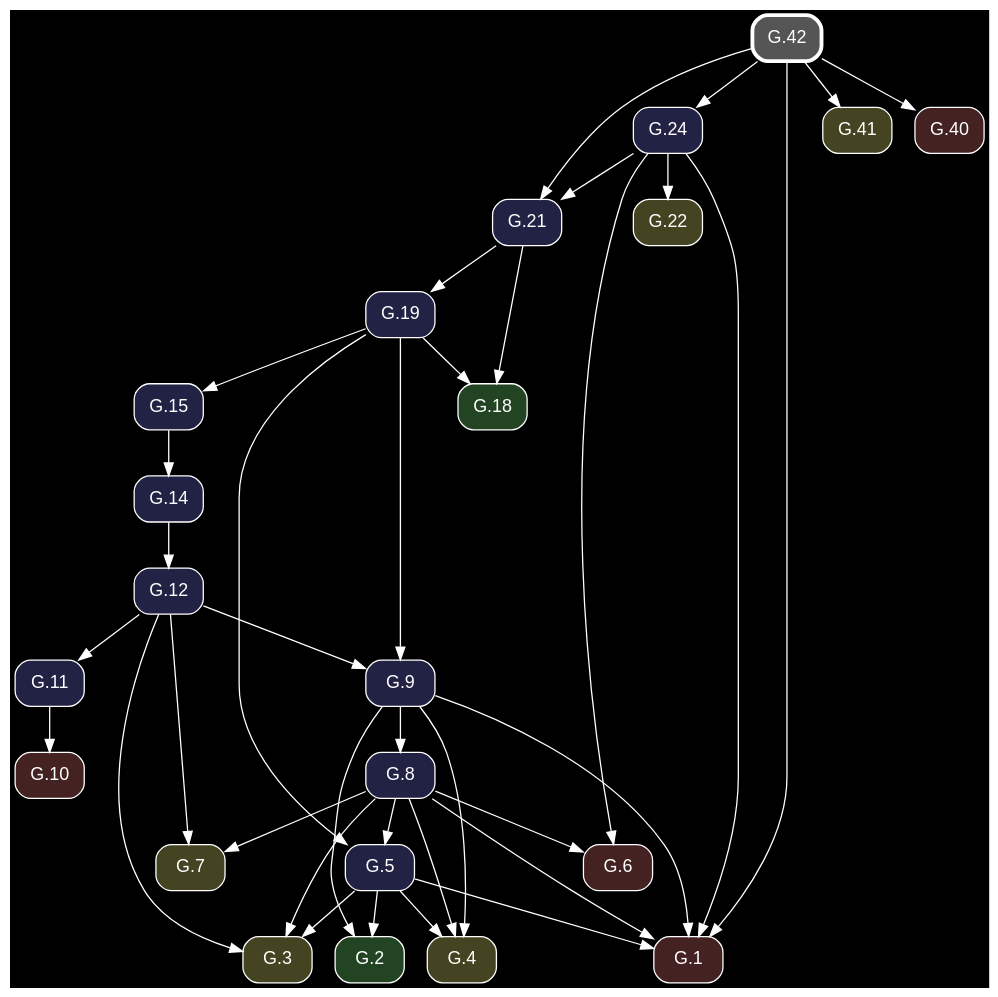
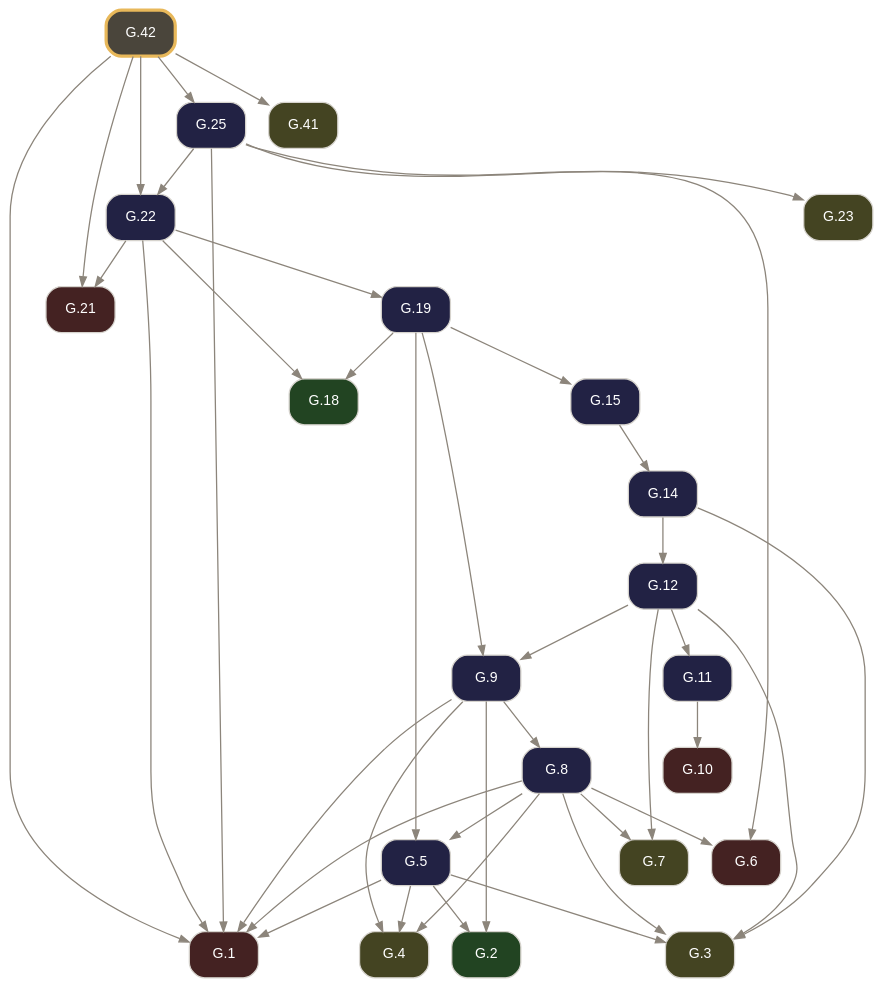
One commit to geometor/elements changed the diagram in docsrc/elements2/G.42/index.rst. Above: the diagram before and after it, drawn with Graphviz. The commit also changed other lines of this file and 261 other files, not shown here.

Commit message:
feat: rebuild Elements 2.0 G-Index pipeline from composed Euclid Heath edition (v0.3.0)

```diff
--- a/docsrc/elements2/G.42/index.rst
+++ b/docsrc/elements2/G.42/index.rst
@@ -75,66 +97,69 @@
 .. graphviz::
 
    digraph {
-     bgcolor="black";
-     node [shape=box, style="rounded,filled", fontname="Helvetica", color="white", fontcolor="white"];
-     edge [color="white", fontcolor="white"];
+     bgcolor="transparent";
+     node [shape=box, style="rounded,filled", fontname="Helvetica", fontsize=11, color="#d6d3cd", fontcolor="#ffffff"];
+     edge [color="#8c857b", fontcolor="#8c857b", arrowsize=0.75];
      rankdir="TB";
-     "G.6" [label="G.6", fillcolor="#442222", URL="/elements2/G.6/", target="_top"];
-     "G.19" [label="G.19", fillcolor="#222244", URL="/elements2/G.19/", target="_top"];
-     "G.21" [label="G.21", fillcolor="#222244", URL="/elements2/G.21/", target="_top"];
-     "G.24" [label="G.24", fillcolor="#222244", URL="/elements2/G.24/", target="_top"];
-     "G.10" [label="G.10", fillcolor="#442222", URL="/elements2/G.10/", target="_top"];
-     "G.7" [label="G.7", fillcolor="#444422", URL="/elements2/G.7/", target="_top"];
-     "G.3" [label="G.3", fillcolor="#444422", URL="/elements2/G.3/", target="_top"];
-     "G.42" [label="G.42", penwidth=3, color="white", fillcolor="#555555", URL="/elements2/G.42/", target="_top"];
-     "G.15" [label="G.15", fillcolor="#222244", URL="/elements2/G.15/", target="_top"];
-     "G.5" [label="G.5", fillcolor="#222244", URL="/elements2/G.5/", target="_top"];
-     "G.41" [label="G.41", fillcolor="#444422", URL="/elements2/G.41/", target="_top"];
-     "G.1" [label="G.1", fillcolor="#442222", URL="/elements2/G.1/", target="_top"];
-     "G.2" [label="G.2", fillcolor="#224422", URL="/elements2/G.2/", target="_top"];
-     "G.12" [label="G.12", fillcolor="#222244", URL="/elements2/G.12/", target="_top"];
-     "G.22" [label="G.22", fillcolor="#444422", URL="/elements2/G.22/", target="_top"];
-     "G.14" [label="G.14", fillcolor="#222244", URL="/elements2/G.14/", target="_top"];
-     "G.8" [label="G.8", fillcolor="#222244", URL="/elements2/G.8/", target="_top"];
-     "G.9" [label="G.9", fillcolor="#222244", URL="/elements2/G.9/", target="_top"];
-     "G.18" [label="G.18", fillcolor="#224422", URL="/elements2/G.18/", target="_top"];
-     "G.11" [label="G.11", fillcolor="#222244", URL="/elements2/G.11/", target="_top"];
-     "G.40" [label="G.40", fillcolor="#442222", URL="/elements2/G.40/", target="_top"];
-     "G.4" [label="G.4", fillcolor="#444422", URL="/elements2/G.4/", target="_top"];
-     "G.24" -> "G.6";
-     "G.8" -> "G.6";
-     "G.21" -> "G.19";
-     "G.24" -> "G.21";
-     "G.42" -> "G.21";
-     "G.42" -> "G.24";
-     "G.11" -> "G.10";
-     "G.8" -> "G.7";
-     "G.12" -> "G.7";
+     "G.1" [label="G.1", tooltip="G.1 (I.cn.1)", fillcolor="#442222", URL="../G.1/index.html", target="_top"];
+     "G.2" [label="G.2", tooltip="G.2 (I.def.15)", fillcolor="#224422", URL="../G.2/index.html", target="_top"];
+     "G.3" [label="G.3", tooltip="G.3 (I.post.1)", fillcolor="#444422", URL="../G.3/index.html", target="_top"];
+     "G.4" [label="G.4", tooltip="G.4 (I.post.3)", fillcolor="#444422", URL="../G.4/index.html", target="_top"];
+     "G.5" [label="G.5", tooltip="G.5 (I.1)", fillcolor="#222244", URL="../G.5/index.html", target="_top"];
+     "G.6" [label="G.6", tooltip="G.6 (I.cn.3)", fillcolor="#442222", URL="../G.6/index.html", target="_top"];
+     "G.7" [label="G.7", tooltip="G.7 (I.post.2)", fillcolor="#444422", URL="../G.7/index.html", target="_top"];
+     "G.8" [label="G.8", tooltip="G.8 (I.2)", fillcolor="#222244", URL="../G.8/index.html", target="_top"];
+     "G.9" [label="G.9", tooltip="G.9 (I.3)", fillcolor="#222244", URL="../G.9/index.html", target="_top"];
+     "G.10" [label="G.10", tooltip="G.10 (I.cn.4)", fillcolor="#442222", URL="../G.10/index.html", target="_top"];
+     "G.11" [label="G.11", tooltip="G.11 (I.4)", fillcolor="#222244", URL="../G.11/index.html", target="_top"];
+     "G.12" [label="G.12", tooltip="G.12 (I.5)", fillcolor="#222244", URL="../G.12/index.html", target="_top"];
+     "G.14" [label="G.14", tooltip="G.14 (I.7)", fillcolor="#222244", URL="../G.14/index.html", target="_top"];
+     "G.15" [label="G.15", tooltip="G.15 (I.8)", fillcolor="#222244", URL="../G.15/index.html", target="_top"];
+     "G.18" [label="G.18", tooltip="G.18 (I.def.10)", fillcolor="#224422", URL="../G.18/index.html", target="_top"];
+     "G.19" [label="G.19", tooltip="G.19 (I.11)", fillcolor="#222244", URL="../G.19/index.html", target="_top"];
+     "G.21" [label="G.21", tooltip="G.21 (I.cn.2)", fillcolor="#442222", URL="../G.21/index.html", target="_top"];
+     "G.22" [label="G.22", tooltip="G.22 (I.13)", fillcolor="#222244", URL="../G.22/index.html", target="_top"];
+     "G.23" [label="G.23", tooltip="G.23 (I.post.4)", fillcolor="#444422", URL="../G.23/index.html", target="_top"];
+     "G.25" [label="G.25", tooltip="G.25 (I.15)", fillcolor="#222244", URL="../G.25/index.html", target="_top"];
+     "G.41" [label="G.41", tooltip="G.41 (I.post.5)", fillcolor="#444422", URL="../G.41/index.html", target="_top"];
+     "G.42" [label="G.42", tooltip="G.42 (I.29)", penwidth=2.5, color="#e8b85a", fillcolor="#4a453b", URL="index.html", target="_top"];
+     "G.5" -> "G.1";
+     "G.8" -> "G.1";
+     "G.9" -> "G.1";
+     "G.22" -> "G.1";
+     "G.25" -> "G.1";
+     "G.42" -> "G.1";
+     "G.5" -> "G.2";
+     "G.9" -> "G.2";
      "G.5" -> "G.3";
      "G.8" -> "G.3";
      "G.12" -> "G.3";
-     "G.19" -> "G.15";
-     "G.19" -> "G.5";
-     "G.8" -> "G.5";
-     "G.42" -> "G.41";
-     "G.5" -> "G.1";
-     "G.24" -> "G.1";
-     "G.8" -> "G.1";
-     "G.42" -> "G.1";
-     "G.9" -> "G.1";
-     "G.5" -> "G.2";
-     "G.9" -> "G.2";
-     "G.14" -> "G.12";
-     "G.24" -> "G.22";
-     "G.15" -> "G.14";
-     "G.9" -> "G.8";
-     "G.19" -> "G.9";
-     "G.12" -> "G.9";
-     "G.19" -> "G.18";
-     "G.21" -> "G.18";
-     "G.12" -> "G.11";
-     "G.42" -> "G.40";
+     "G.14" -> "G.3";
      "G.5" -> "G.4";
      "G.8" -> "G.4";
      "G.9" -> "G.4";
+     "G.8" -> "G.5";
+     "G.19" -> "G.5";
+     "G.8" -> "G.6";
+     "G.25" -> "G.6";
+     "G.8" -> "G.7";
+     "G.12" -> "G.7";
+     "G.9" -> "G.8";
+     "G.12" -> "G.9";
+     "G.19" -> "G.9";
+     "G.11" -> "G.10";
+     "G.12" -> "G.11";
+     "G.14" -> "G.12";
+     "G.15" -> "G.14";
+     "G.19" -> "G.15";
+     "G.19" -> "G.18";
+     "G.22" -> "G.18";
+     "G.22" -> "G.19";
+     "G.22" -> "G.21";
+     "G.42" -> "G.21";
+     "G.25" -> "G.22";
+     "G.42" -> "G.22";
+     "G.25" -> "G.23";
+     "G.42" -> "G.25";
+     "G.42" -> "G.41";
    }
```
